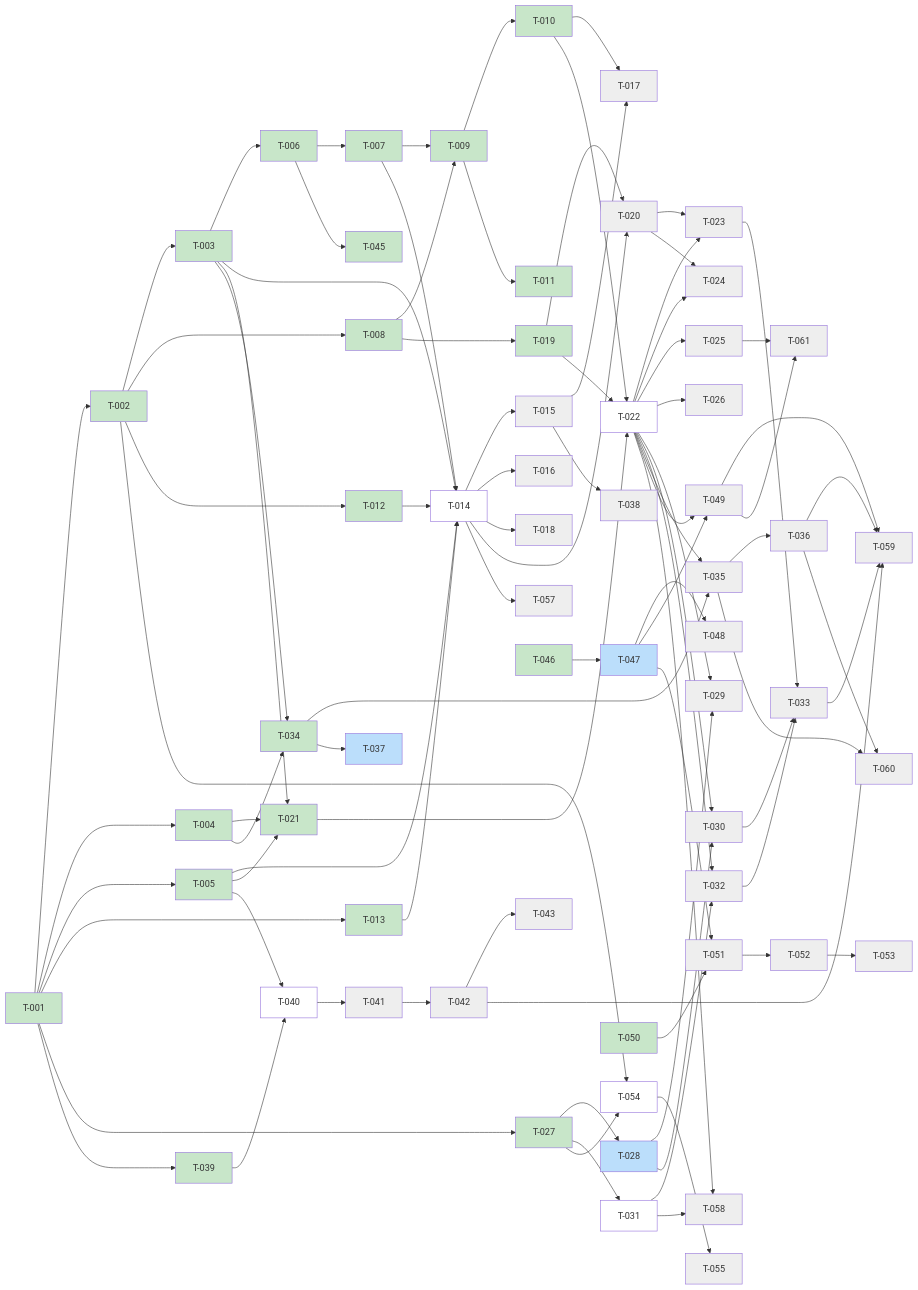
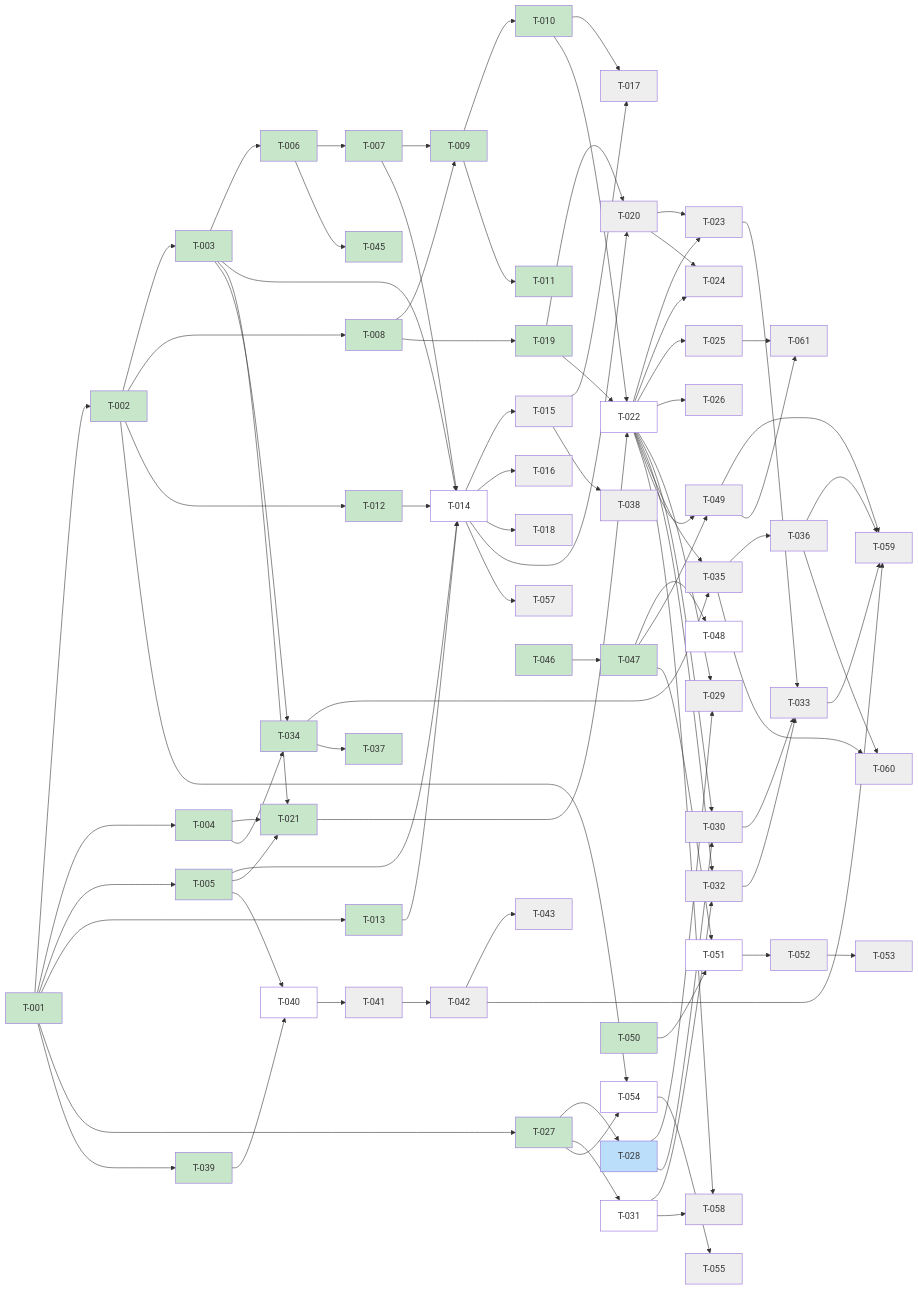
One commit to scholtz/biatec-chat changed the diagram in kanban/BOARD.md. Above: the diagram before and after it, drawn with Mermaid. The commit also changed other lines of this file and 4 other files, not shown here.

````diff
--- a/kanban/BOARD.md
+++ b/kanban/BOARD.md
@@ -188,8 +188,8 @@
   classDef inprogress fill:#bbdefb
   classDef backlog fill:#ffffff
   classDef blocked fill:#eeeeee
-  class T001,T002,T003,T004,T005,T006,T007,T008,T009,T010,T011,T012,T013,T019,T021,T027,T034,T039,T044,T045,T046,T050 done
-  class T028,T047,T037 inprogress
-  class T014,T022,T040,T031,T054,T056 backlog
-  class T015,T020,T023,T041,T042,T017,T024,T029,T030,T032,T033,T035,T036,T038,T049,T055,T059,T016,T018,T025,T026,T043,T048,T051,T052,T053,T057,T058,T060,T061 blocked
+  class T001,T002,T003,T004,T005,T006,T007,T008,T009,T010,T011,T012,T013,T019,T021,T027,T034,T037,T039,T044,T045,T046,T047,T050 done
+  class T028 inprogress
+  class T014,T022,T040,T031,T048,T051,T054,T056 backlog
+  class T015,T020,T023,T041,T042,T017,T024,T029,T030,T032,T033,T035,T036,T038,T049,T055,T059,T016,T018,T025,T026,T043,T052,T053,T057,T058,T060,T061 blocked
 ```
````
